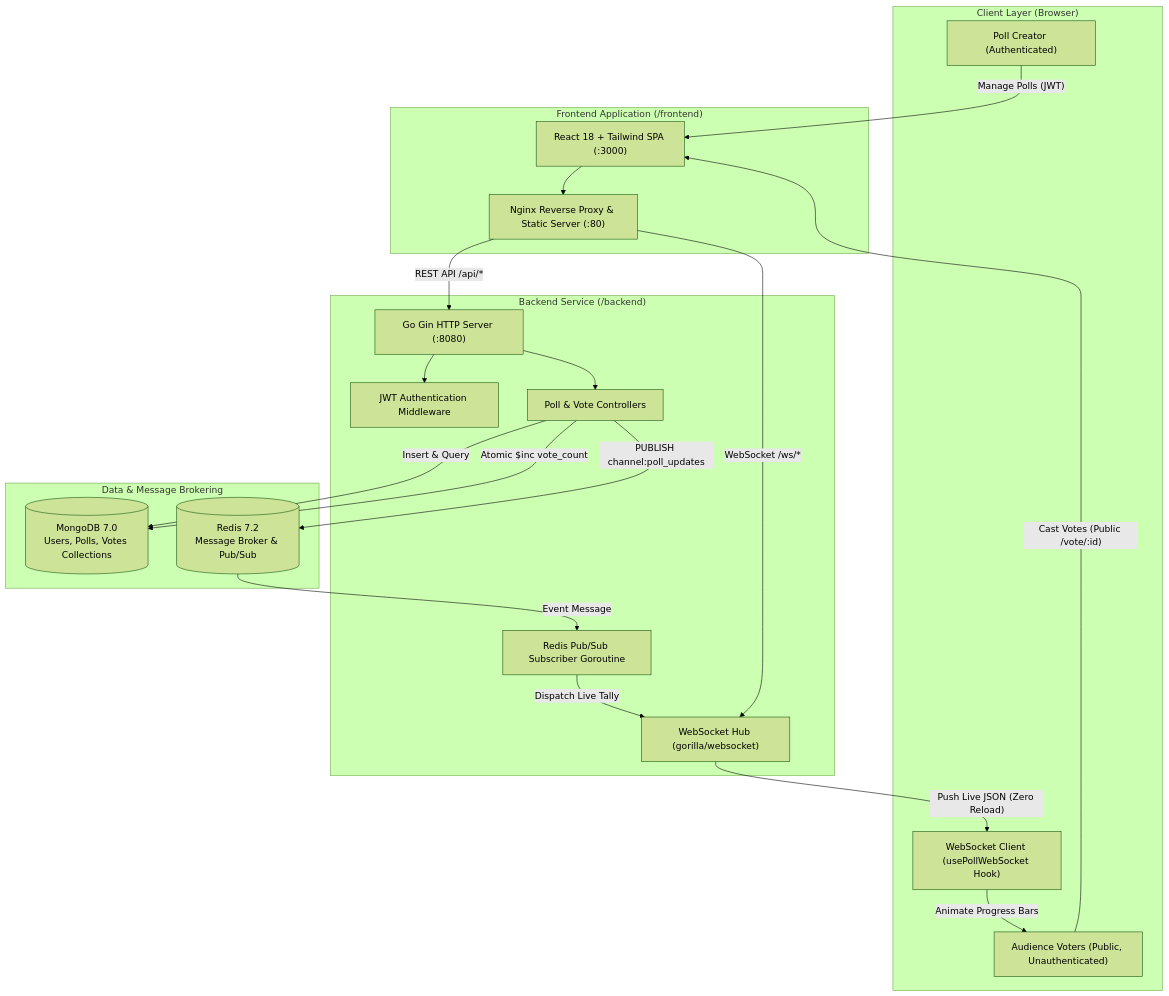
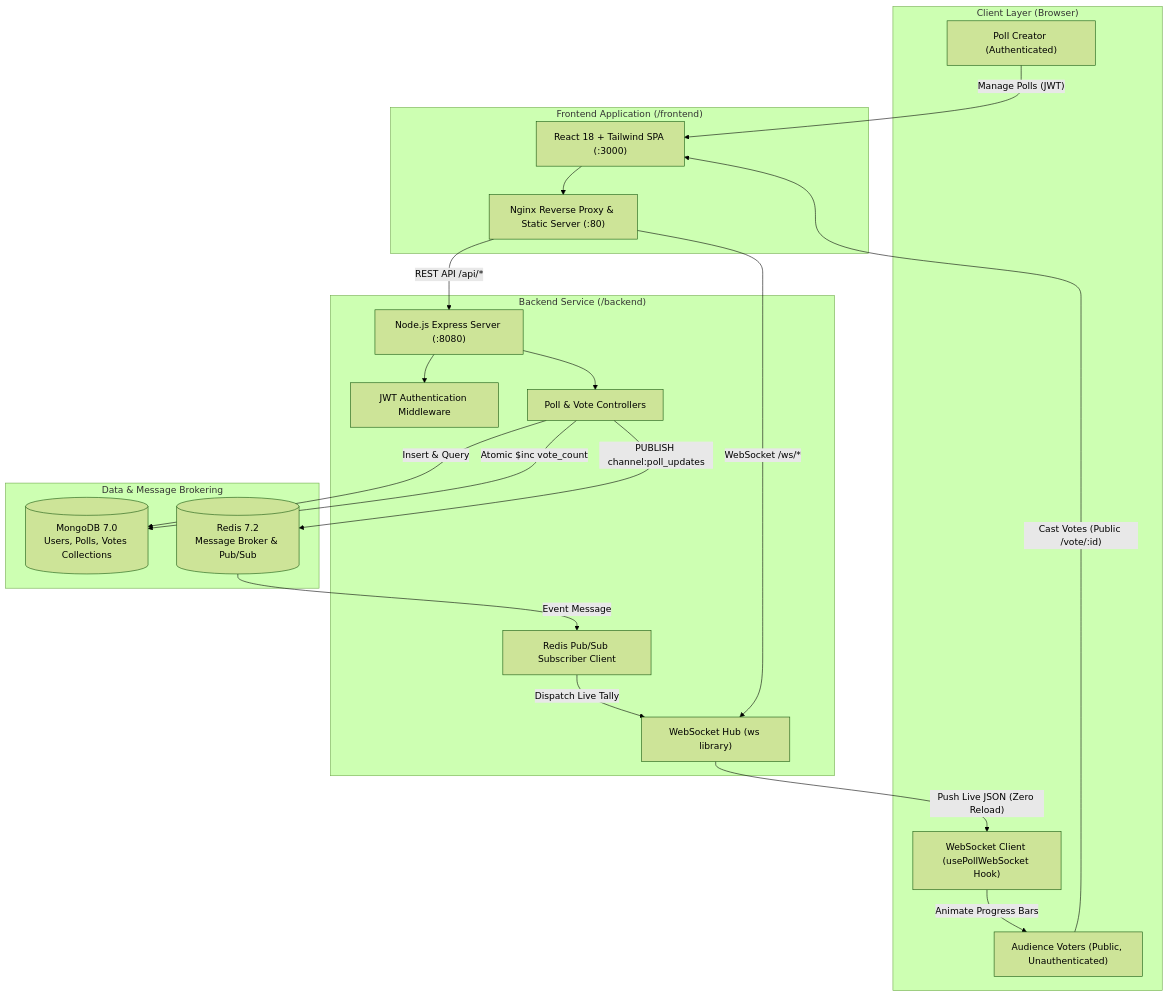
One commit to vishwajeetsingh29/HCL_GUVI changed the diagram in README.md. Above: the diagram before and after it, drawn with Mermaid (forest theme). The commit also changed other lines of this file and 36 other files, not shown here.

Commit message:
feat: migrate backend from Go to Node.js with real-time WebSockets and MongoDB

````diff
--- a/README.md
+++ b/README.md
@@ -9,44 +9,44 @@
 ```mermaid
 flowchart TD
     subgraph ClientLayer ["Client Layer (Browser)"]
         Creator["Poll Creator (Authenticated)"]
         Audience["Audience Voters (Public, Unauthenticated)"]
         WSClient["WebSocket Client (usePollWebSocket Hook)"]
     end
 
     subgraph FrontendApp ["Frontend Application (/frontend)"]
         ViteSPA["React 18 + Tailwind SPA (:3000)"]
         NginxProxy["Nginx Reverse Proxy & Static Server (:80)"]
     end
 
     subgraph BackendAPI ["Backend Service (/backend)"]
-        GinServer["Go Gin HTTP Server (:8080)"]
+        NodeServer["Node.js Express Server (:8080)"]
         AuthMiddleware["JWT Authentication Middleware"]
         PollController["Poll & Vote Controllers"]
-        WSHub["WebSocket Hub (gorilla/websocket)"]
-        RedisSub["Redis Pub/Sub Subscriber Goroutine"]
+        WSHub["WebSocket Hub (ws library)"]
+        RedisSub["Redis Pub/Sub Subscriber Client"]
     end
 
     subgraph StorageLayer ["Data & Message Brokering"]
         MongoDB[("MongoDB 7.0\nUsers, Polls, Votes Collections")]
         RedisBroker[("Redis 7.2\nMessage Broker & Pub/Sub")]
     end
 
     Creator -->|"Manage Polls (JWT)"| ViteSPA
     Audience -->|"Cast Votes (Public /vote/:id)"| ViteSPA
     ViteSPA --> NginxProxy
-    NginxProxy -->|"REST API /api/*"| GinServer
+    NginxProxy -->|"REST API /api/*"| NodeServer
     NginxProxy -->|"WebSocket /ws/*"| WSHub
 
-    GinServer --> AuthMiddleware
-    GinServer --> PollController
+    NodeServer --> AuthMiddleware
+    NodeServer --> PollController
 
     PollController -->|"Insert & Query"| MongoDB
     PollController -->|"Atomic $inc vote_count"| MongoDB
     PollController -->|"PUBLISH channel:poll_updates"| RedisBroker
 
     RedisBroker -->|"Event Message"| RedisSub
     RedisSub -->|"Dispatch Live Tally"| WSHub
     WSHub -->|"Push Live JSON (Zero Reload)"| WSClient
     WSClient -->|"Animate Progress Bars"| Audience
 ```
````
